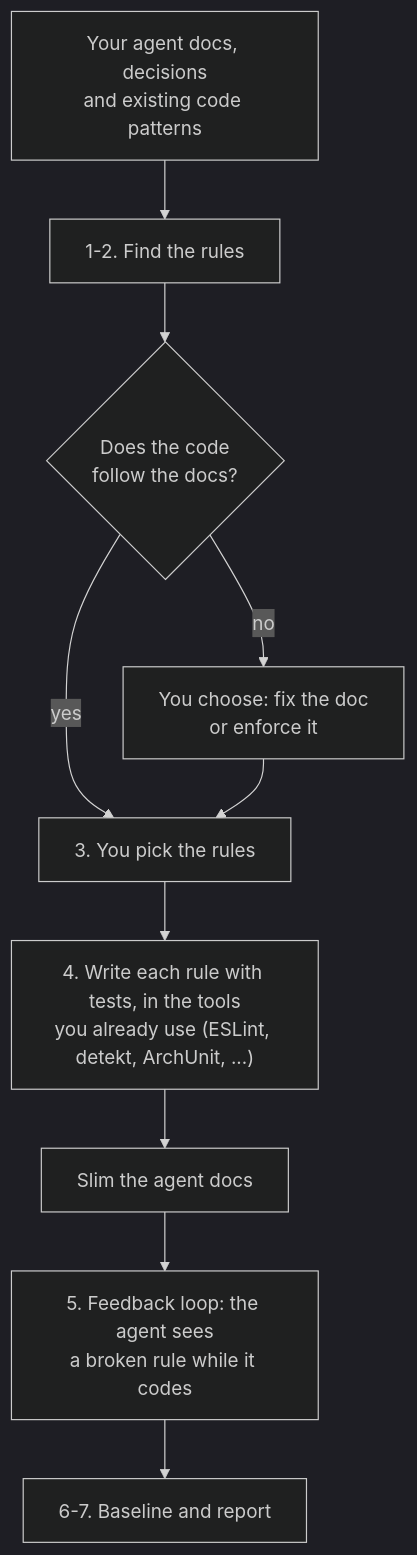
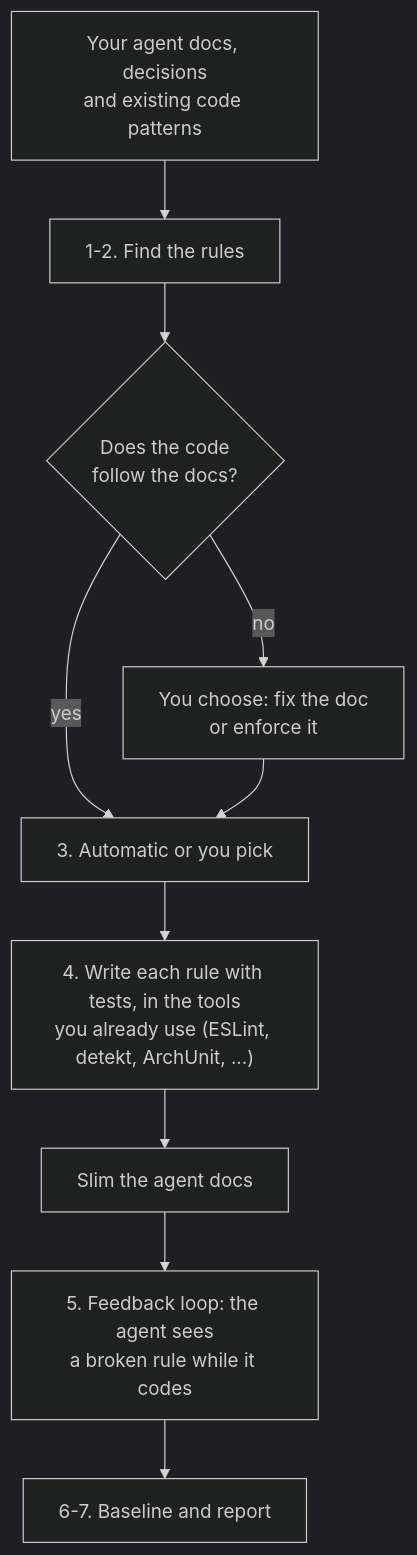
One commit to clirimajeti/codemyrules changed the diagram in README.md. Above: the diagram before and after it, drawn with Mermaid (dark theme). The commit also changed other lines of this file and 1 other file, not shown here.

First line of the commit message:
Ask automatic or manual first and select all rules in one turn

````diff
--- a/README.md
+++ b/README.md
@@ -115,12 +210,12 @@
 ```mermaid
 flowchart TD
   A["Your agent docs, decisions<br/>and existing code patterns"] --> B["1-2. Find the rules"]
   B --> C{"Does the code<br/>follow the docs?"}
   C -- "no" --> D["You choose: fix the doc<br/>or enforce it"]
   C -- "yes" --> E
-  D --> E["3. You pick the rules"]
+  D --> E["3. Automatic or you pick"]
   E --> F["4. Write each rule with tests, in the tools<br/>you already use (ESLint, detekt, ArchUnit, ...)"]
   F --> F2["Slim the agent docs"]
   F2 --> G["5. Feedback loop: the agent sees<br/>a broken rule while it codes"]
   G --> H["6-7. Baseline and report"]
 ```
````
